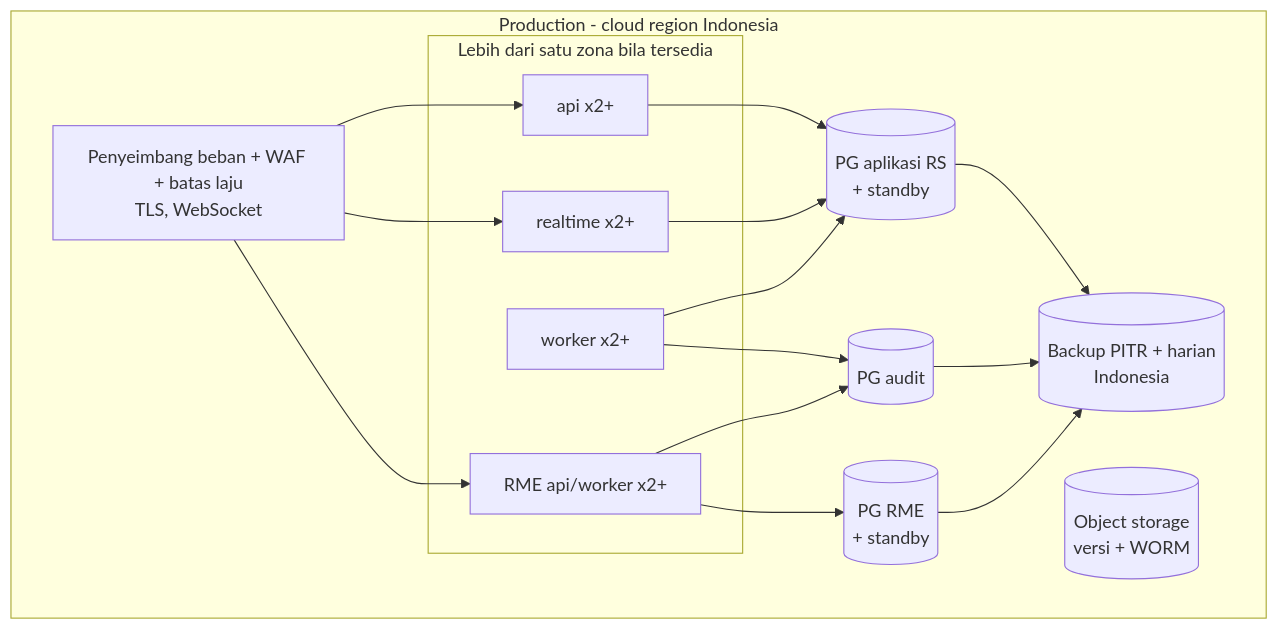
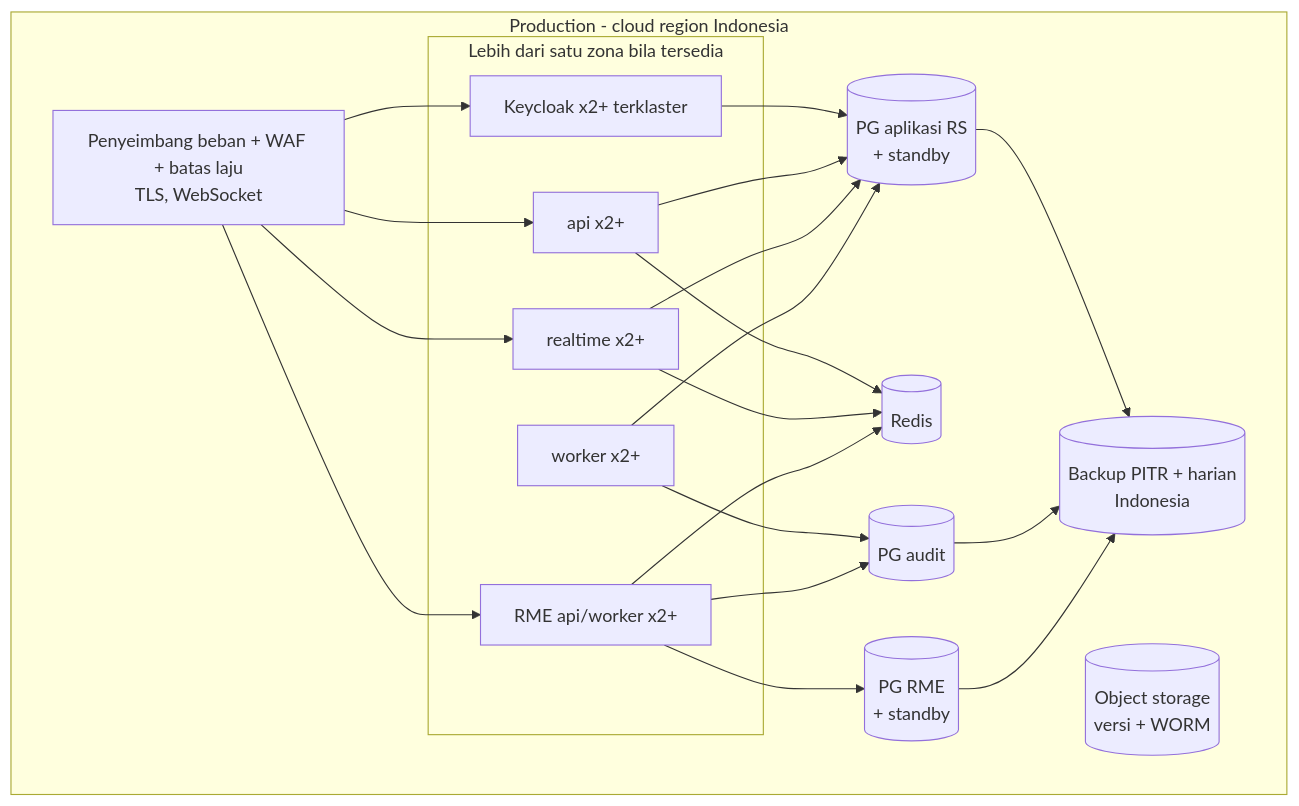
Before and after one commit to yuliandryfm/Rumah-Sehat: the seventh of 7 diagrams in docs/04-arsitektur.md, drawn with Mermaid. The commit also changed other lines of this file and 18 other files, not shown here.

First line of the commit message:
Tahap 4 (Arsitektur): Keycloak + Redis (T4-Q4), perbaikan fact-check bagian 1

````diff
--- a/docs/04-arsitektur.md
+++ b/docs/04-arsitektur.md
@@ -238,23 +248,27 @@
 ```mermaid
 flowchart TB
   subgraph PROD[Production - cloud region Indonesia]
     LB[Penyeimbang beban + WAF + batas laju<br/>TLS, WebSocket]
     subgraph Z[Lebih dari satu zona bila tersedia]
       A1[api x2+]
       R1[realtime x2+]
       W1[worker x2+]
       RMEP[RME api/worker x2+]
+      KCP[Keycloak x2+ terklaster]
     end
+    RDS[(Redis)]
     PGA[(PG aplikasi RS<br/>+ standby)]
     PGU[(PG audit)]
     PGR[(PG RME<br/>+ standby)]
     OBJ[(Object storage<br/>versi + WORM)]
     BK[(Backup PITR + harian<br/>Indonesia)]
   end
-  LB --> A1 & R1 & RMEP
+  LB --> A1 & R1 & RMEP & KCP
+  KCP --> PGA
+  A1 & R1 & RMEP --> RDS
   A1 & R1 & W1 --> PGA
   W1 --> PGU
   RMEP --> PGR
   RMEP --> PGU
   PGA & PGU & PGR --> BK
 ```
````
